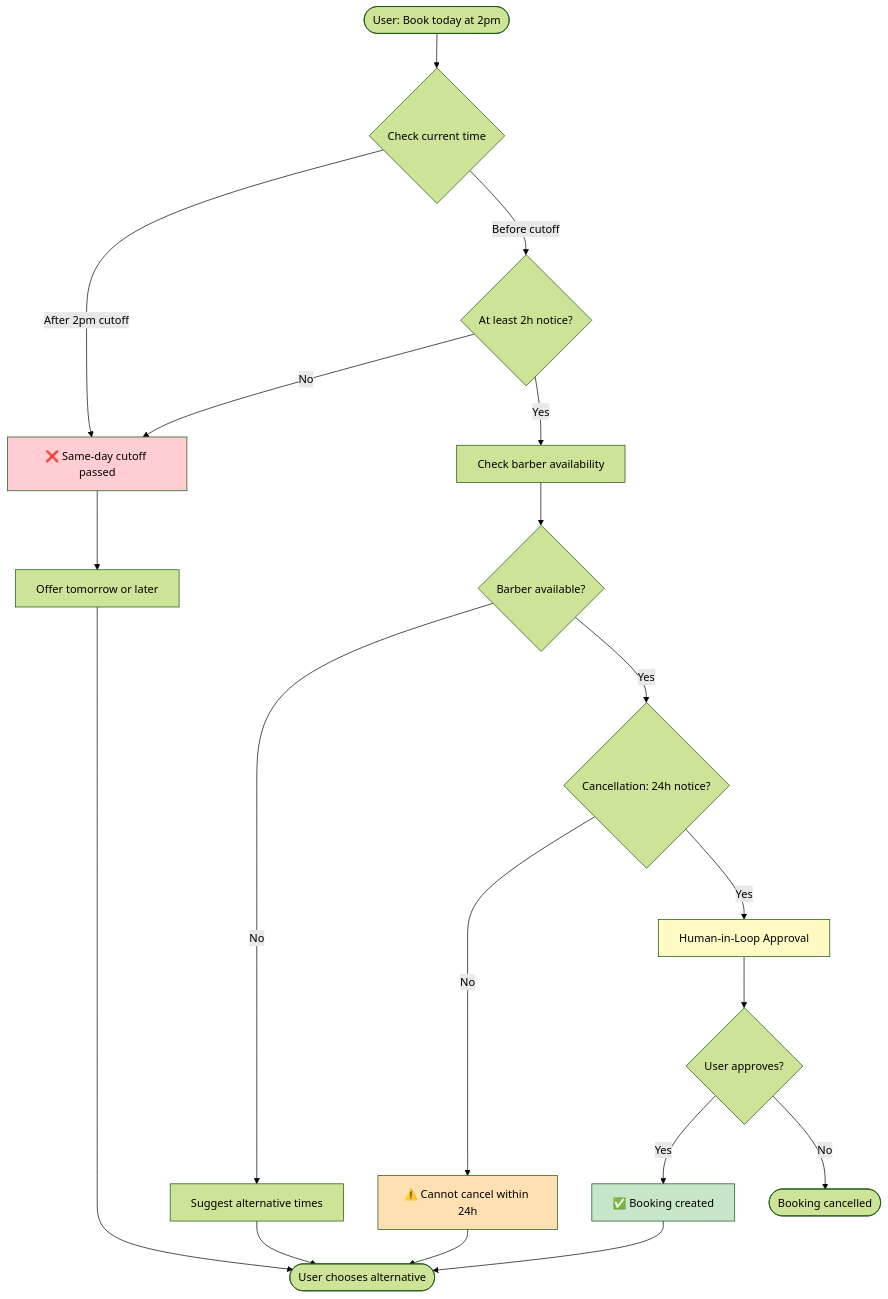
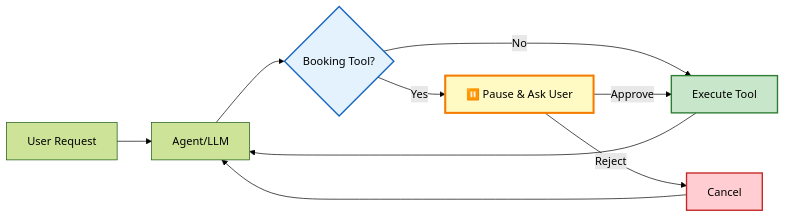
The diagram in README.md (eosho/langchain-barber-agent), drawn with Mermaid (forest theme) before and after one commit. The commit also changed other lines of this file and 37 other files, not shown here.

````diff
--- a/README.md
+++ b/README.md
@@ -41,33 +91,16 @@
 ```mermaid
-flowchart TD
-    Start([User: Book today at 2pm]) --> CheckTime{Check current time}
+flowchart LR
+    A[User Request] --> B[Agent/LLM]
+    B --> C{Booking Tool?}
+    C -->|No| D[Execute Tool]
+    C -->|Yes| E[⏸️ Pause & Ask User]
+    E -->|Approve| D
+    E -->|Reject| F[Cancel]
+    D --> B
+    F --> B
 
-    CheckTime -->|After 2pm cutoff| Reject[❌ Same-day cutoff passed]
-    CheckTime -->|Before cutoff| CheckNotice{At least 2h notice?}
-
-    CheckNotice -->|No| Reject
-    CheckNotice -->|Yes| CheckAvail[Check barber availability]
-
-    CheckAvail --> IsAvail{Barber available?}
-    IsAvail -->|No| Suggest[Suggest alternative times]
-    IsAvail -->|Yes| Check24h{Cancellation: 24h notice?}
-
-    Reject --> Offer[Offer tomorrow or later]
-    Offer --> End([User chooses alternative])
-
-    Check24h -->|No| Warn[⚠️ Cannot cancel within 24h]
-    Check24h -->|Yes| HITL[Human-in-Loop Approval]
-
-    HITL --> Approved{User approves?}
-    Approved -->|Yes| Success[✅ Booking created]
-    Approved -->|No| Cancelled([Booking cancelled])
-
-    Success --> End
-    Suggest --> End
-    Warn --> End
-
-    style Reject fill:#ffcdd2
-    style Success fill:#c8e6c9
-    style HITL fill:#fff9c4
-    style Warn fill:#ffe0b2
+    style E fill:#fff9c4,stroke:#f57c00,stroke-width:3px
+    style C fill:#e3f2fd,stroke:#1565c0,stroke-width:2px
+    style D fill:#c8e6c9,stroke:#2e7d32,stroke-width:2px
+    style F fill:#ffcdd2,stroke:#c62828,stroke-width:2px
 ```
````
